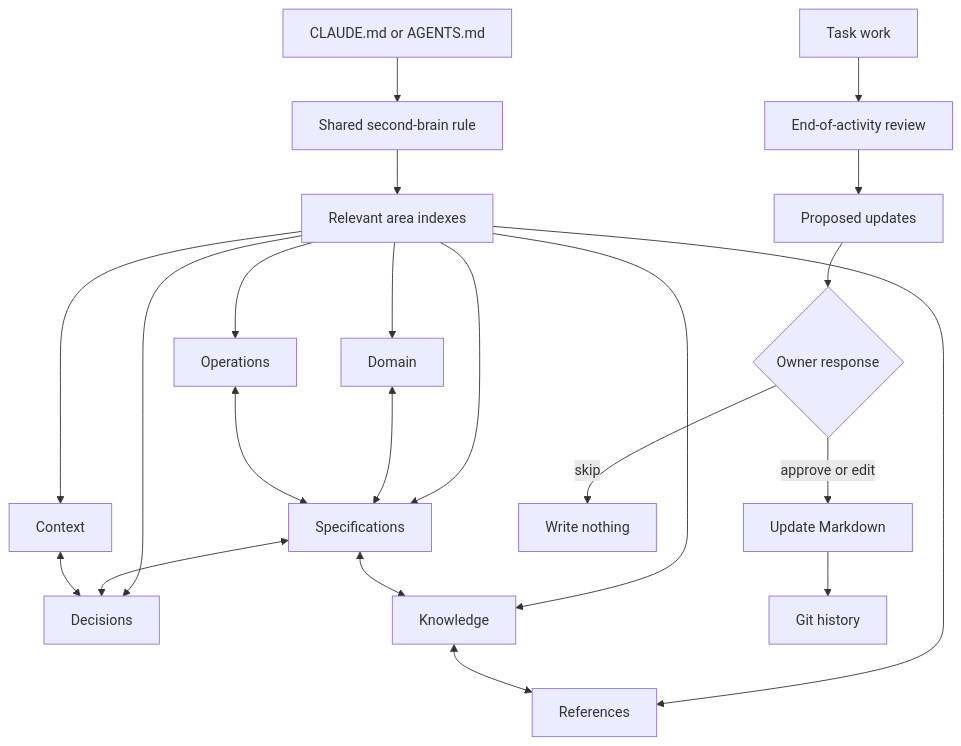
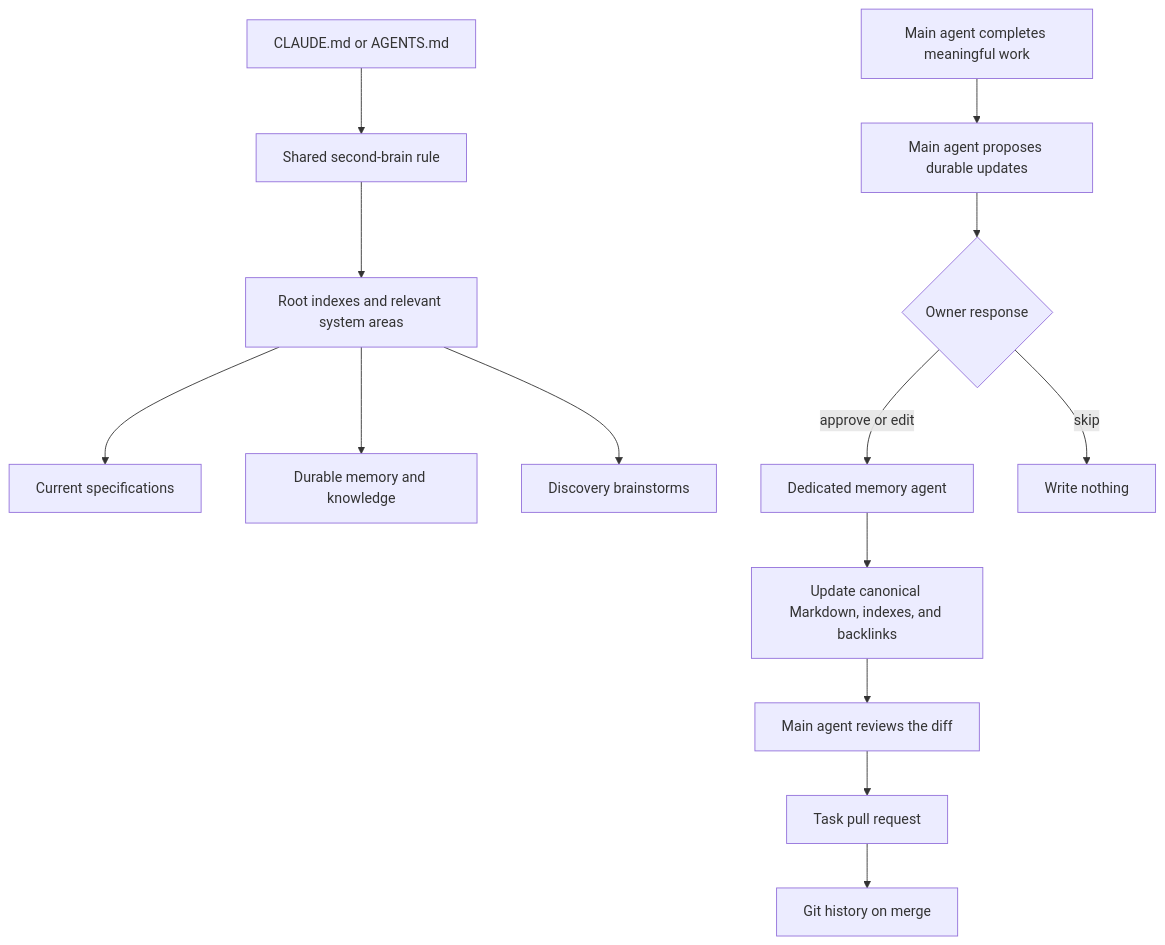
One commit to Mar5929/claude-toolkit changed the first of 2 diagrams in docs/second-brain-v3/README.md. Above: the diagram before and after it, drawn with Mermaid. The commit also changed other lines of this file and 11 other files, not shown here.

Commit message:
Define second-brain v3 architecture

````diff
--- a/docs/second-brain-v3/README.md
+++ b/docs/second-brain-v3/README.md
@@ -21,24 +26,16 @@
 ```mermaid
 flowchart TD
     A[CLAUDE.md or AGENTS.md] --> B[Shared second-brain rule]
-    B --> C[Relevant area indexes]
-    C --> D[Specifications]
-    C --> E[Context]
-    C --> F[Decisions]
-    C --> G[Knowledge]
-    C --> H[References]
-    C --> I[Domain]
-    C --> J[Operations]
-    D <--> F
-    D <--> G
-    E <--> F
-    G <--> H
-    I <--> D
-    J <--> D
-    K[Task work] --> L[End-of-activity review]
-    L --> M[Proposed updates]
-    M --> N{Owner response}
-    N -->|approve or edit| O[Update Markdown]
-    N -->|skip| P[Write nothing]
-    O --> Q[Git history]
+    B --> C[Root indexes and relevant system areas]
+    C --> D[Current specifications]
+    C --> E[Durable memory and knowledge]
+    C --> F[Discovery brainstorms]
+    G[Main agent completes meaningful work] --> H[Main agent proposes durable updates]
+    H --> I{Owner response}
+    I -->|approve or edit| J[Dedicated memory agent]
+    I -->|skip| K[Write nothing]
+    J --> L[Update canonical Markdown, indexes, and backlinks]
+    L --> M[Main agent reviews the diff]
+    M --> N[Task pull request]
+    N --> O[Git history on merge]
 ```
````
